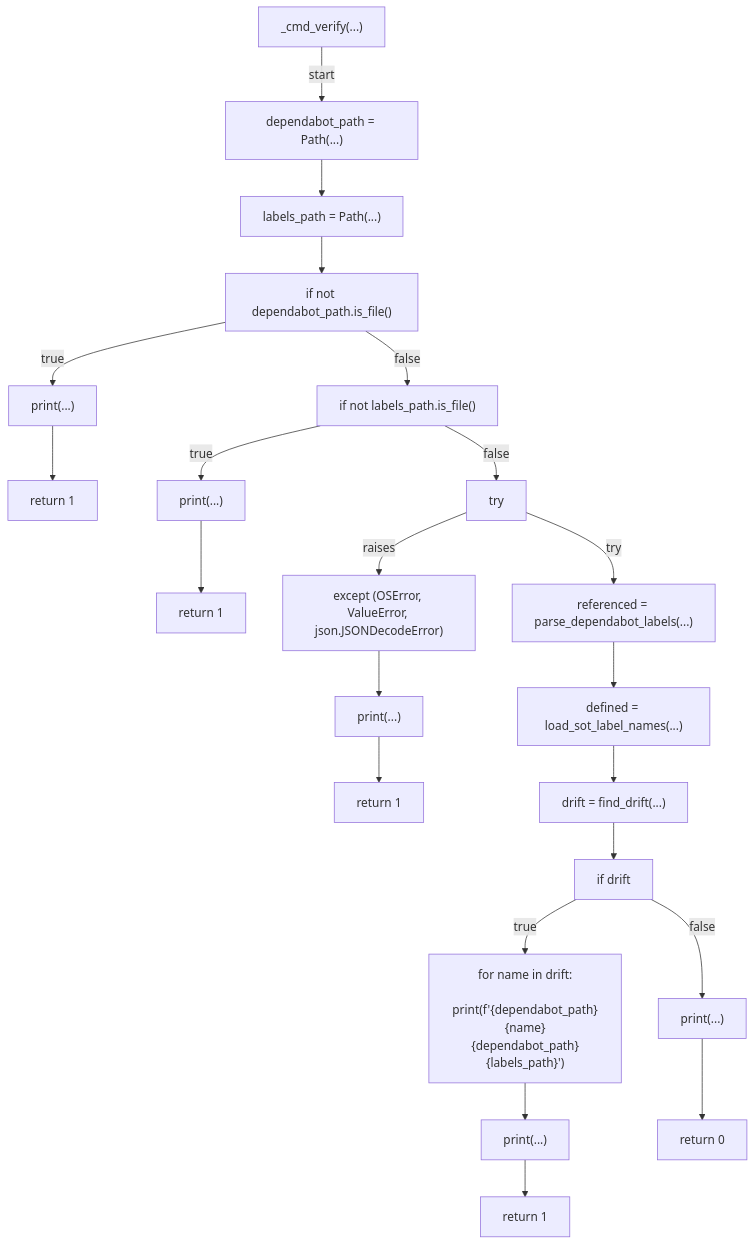
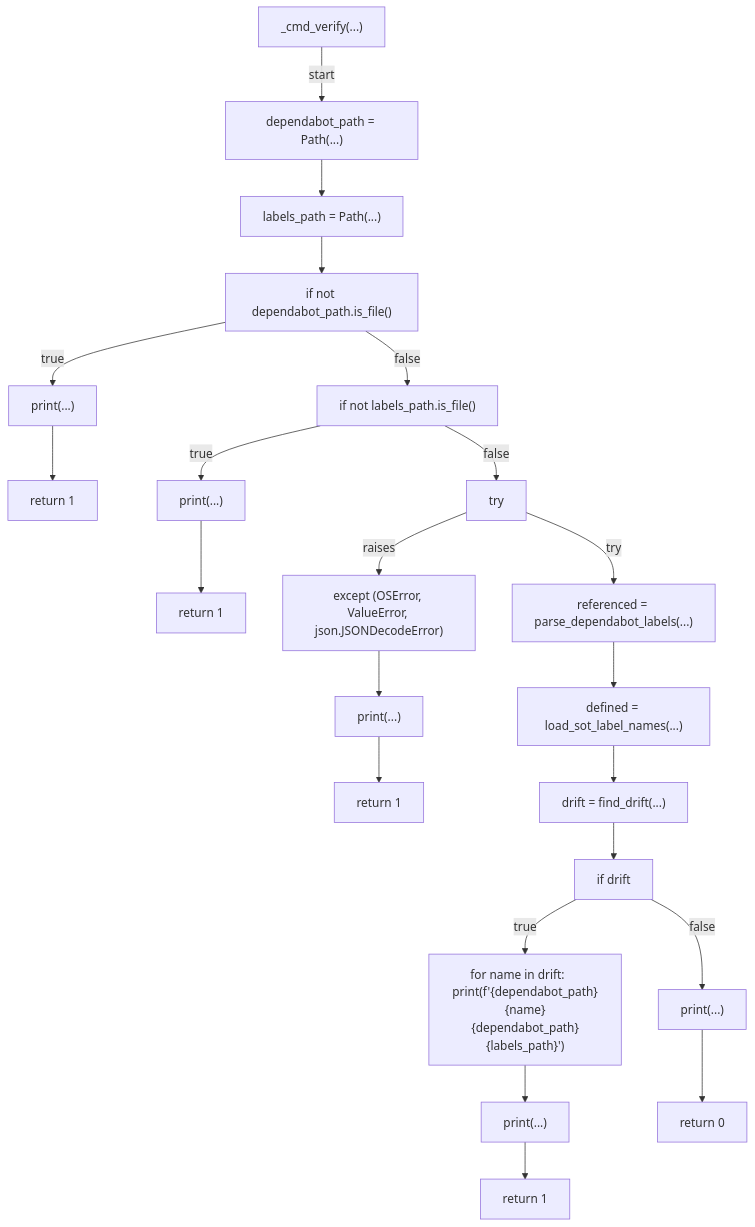
Before and after one commit to tvna/claude-md: the seventh of 8 diagrams in docs/generated/scripts/ast/dependabot_labels.md, drawn with Mermaid. The commit also changed other lines of this file and 30 other files, not shown here.

First line of the commit message:
docs(generated): regenerate decision tree and workflow diagrams (batch 2/5)

````diff
--- a/docs/generated/scripts/ast/dependabot_labels.md
+++ b/docs/generated/scripts/ast/dependabot_labels.md
@@ -100,47 +87,46 @@
 ```mermaid
 flowchart TD
     N001["_cmd_verify(...)"]
     N002["dependabot_path = Path(...)"]
     N003["labels_path = Path(...)"]
     N004["if not dependabot_path.is_file()"]
     N005["print(...)"]
     N006["return 1"]
     N007["if not labels_path.is_file()"]
     N008["print(...)"]
     N009["return 1"]
     N010["try"]
     N011["referenced = parse_dependabot_labels(...)"]
     N012["defined = load_sot_label_names(...)"]
     N013["except (OSError, ValueError, json.JSONDecodeError)"]
     N014["print(...)"]
     N015["return 1"]
     N016["drift = find_drift(...)"]
     N017["if drift"]
-    N018["for name in drift:
-    print(f'<str>{dependabot_path}<str>{name}<str>{dependabot_path}<str>{labels_path}<str>')"]
+    N018["for name in drift:     print(f'<str>{dependabot_path}<str>{name}<str>{dependabot_path}<str>{labels_path}<str>')"]
     N019["print(...)"]
     N020["return 1"]
     N021["print(...)"]
     N022["return 0"]
     N001 -->|"start"| N002
     N002 --> N003
     N003 --> N004
     N004 -->|"true"| N005
     N005 --> N006
     N004 -->|"false"| N007
     N007 -->|"true"| N008
     N008 --> N009
     N007 -->|"false"| N010
     N010 -->|"try"| N011
     N011 --> N012
     N010 -->|"raises"| N013
     N013 --> N014
     N014 --> N015
     N012 --> N016
     N016 --> N017
     N017 -->|"true"| N018
     N018 --> N019
     N019 --> N020
     N017 -->|"false"| N021
     N021 --> N022
 ```
````
